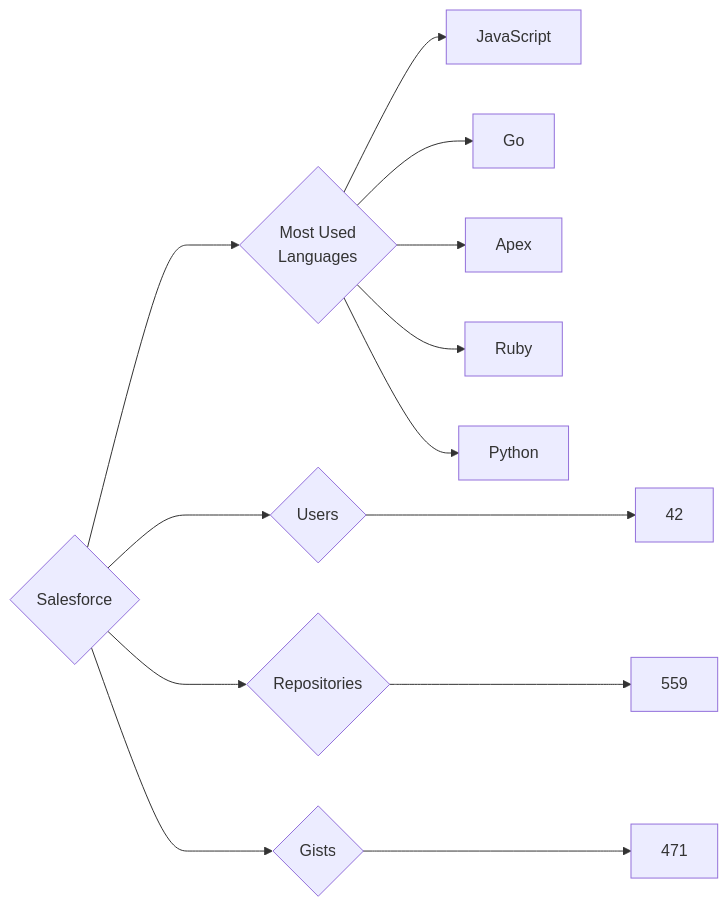
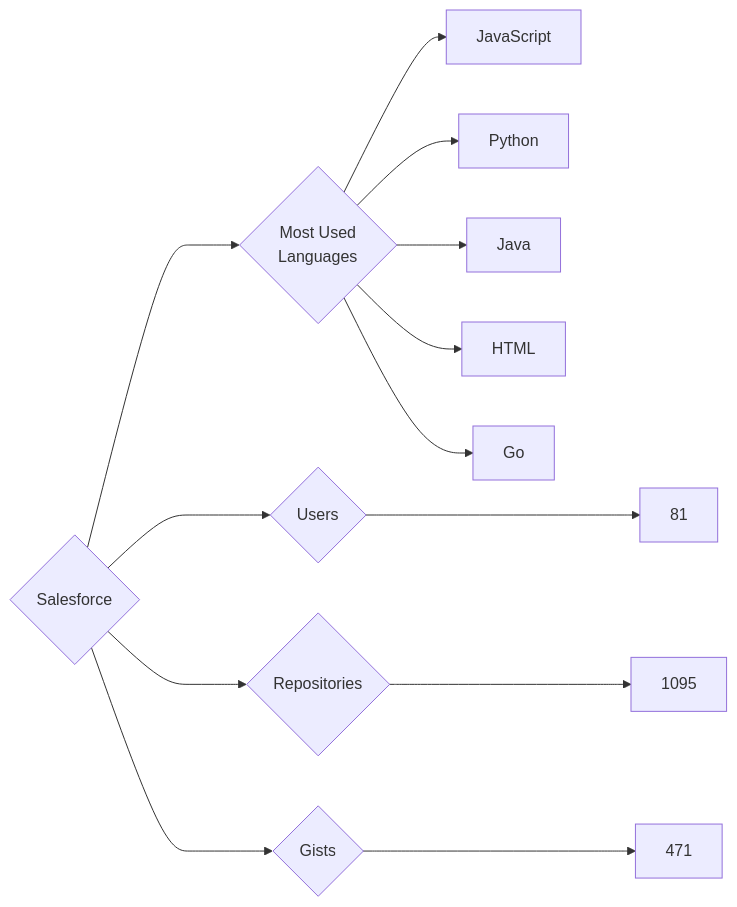
One commit to trickest/insiders changed the diagram in targets/Salesforce/README.md. Above: the diagram before and after it, drawn with Mermaid. The commit also changed 823 other files, not shown here.

````diff
--- a/targets/Salesforce/README.md
+++ b/targets/Salesforce/README.md
@@ -3,13 +3,13 @@
 ```mermaid
 graph LR
 COMPANY_NAME{Salesforce}
-COMPANY_NAME ---> U{Users} ---> UN[42]
-COMPANY_NAME ---> R{Repositories} ---> RN[559]
+COMPANY_NAME ---> U{Users} ---> UN[81]
+COMPANY_NAME ---> R{Repositories} ---> RN[1095]
 COMPANY_NAME ---> G{Gists} ---> GN[471]
 COMPANY_NAME ---> ML{Most Used<br>Languages}
 ML --> JavaScript[JavaScript]
+ML --> Python[Python]
+ML --> Java[Java]
+ML --> HTML[HTML]
 ML --> Go[Go]
-ML --> Apex[Apex]
-ML --> Ruby[Ruby]
-ML --> Python[Python]
 ```
````
